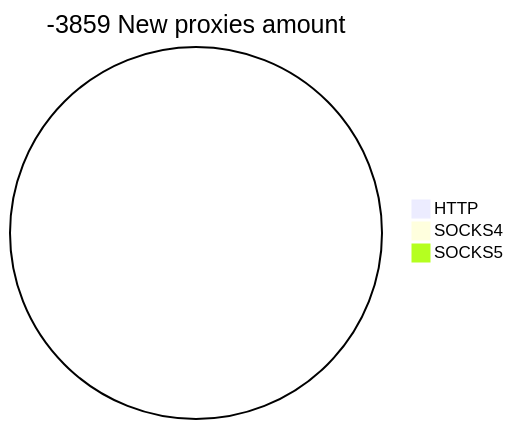
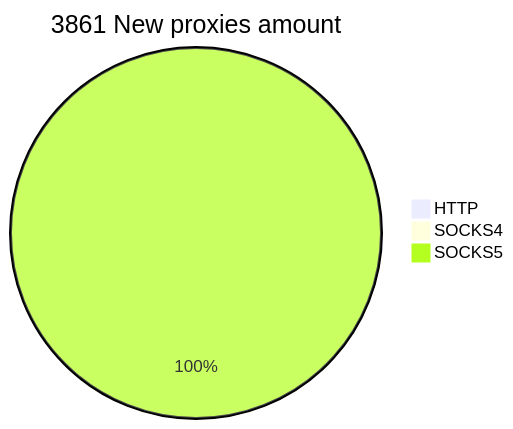
One commit to cutipu/proxylist changed the second of 2 diagrams in README.md. Above: the diagram before and after it, drawn with Mermaid. The commit also changed other lines of this file, not shown here.

````diff
--- a/README.md
+++ b/README.md
@@ -10,6 +10,6 @@
 ```mermaid
-pie title -3859 New proxies amount
+pie title 3861 New proxies amount
     "HTTP" : 0
-    "SOCKS4" : 0
-    "SOCKS5" : 0
+    "SOCKS4" : 1
+    "SOCKS5" : 3860
 ```
````
